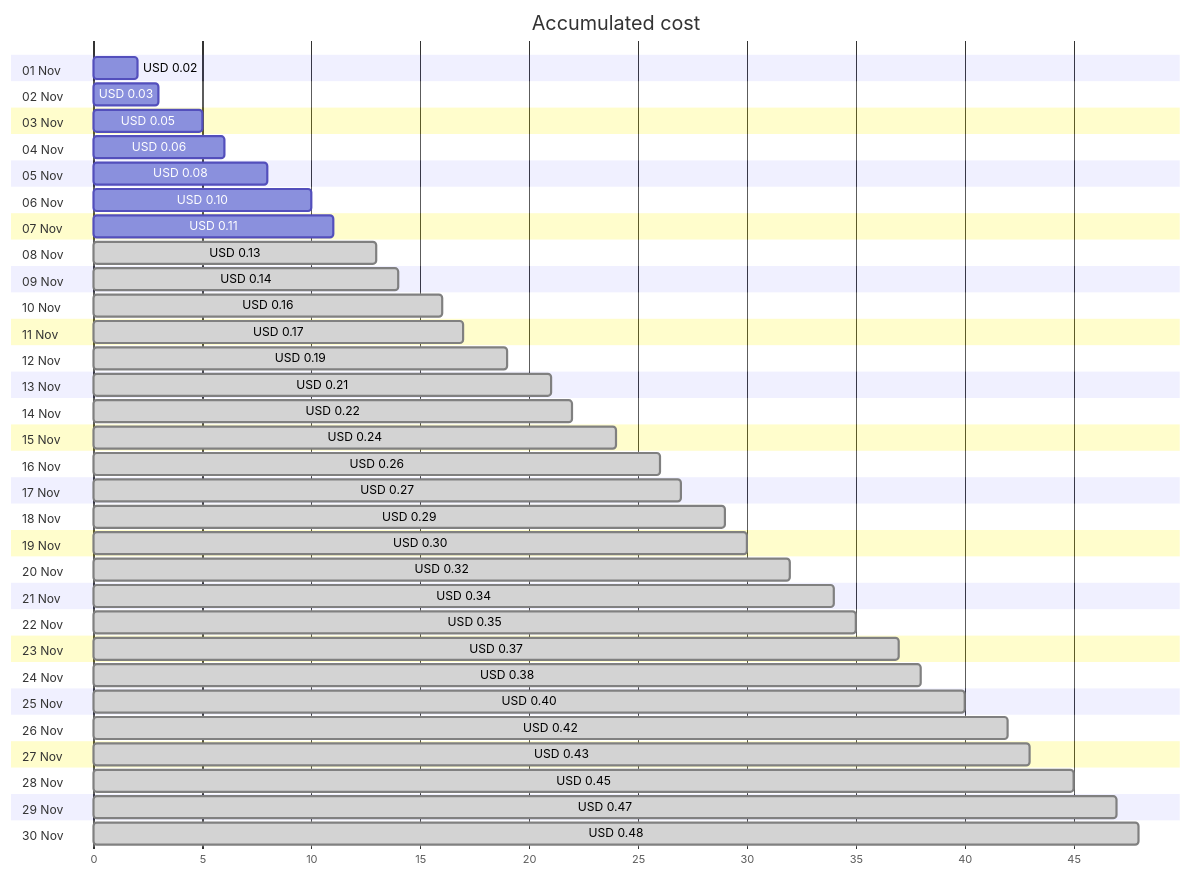
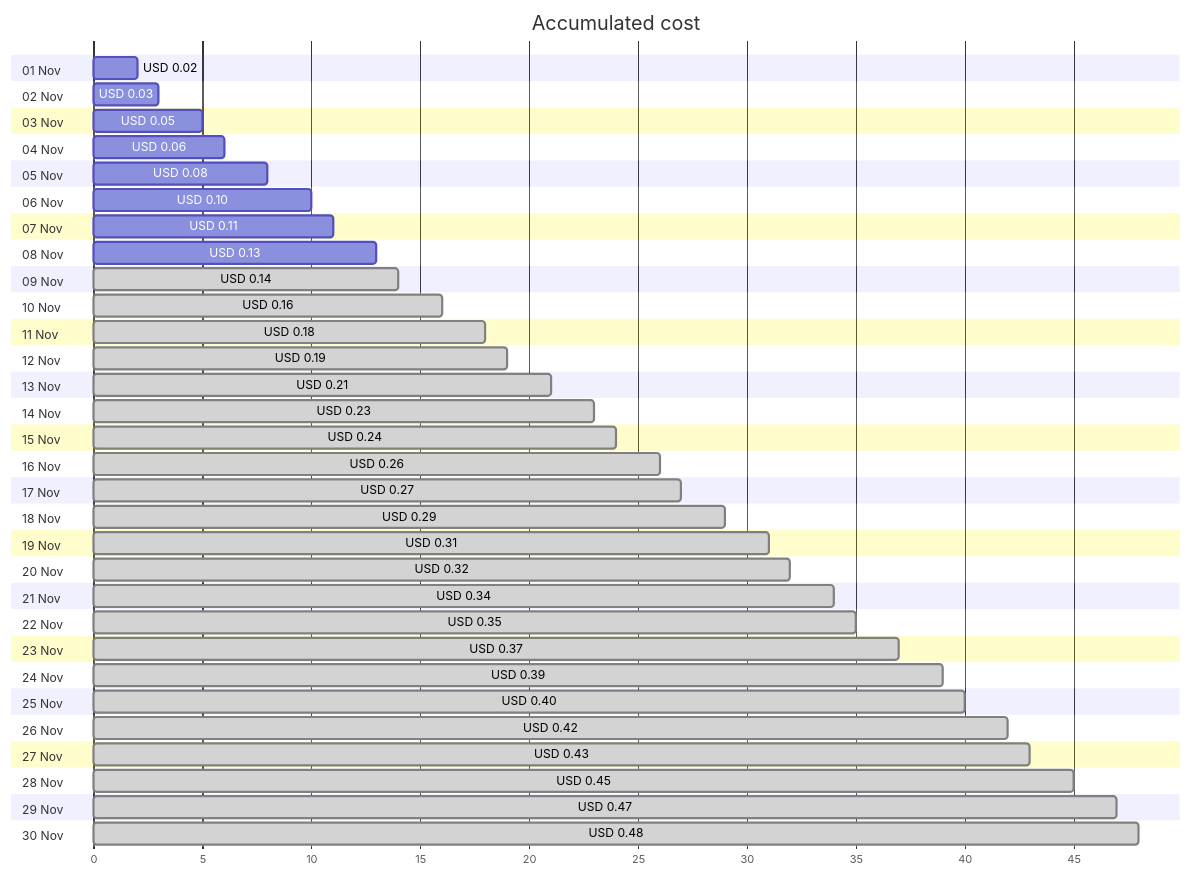
The first of 4 diagrams in cost-reports/personal-network/private.jpatrickfulton.com.md (jpfulton/azure-personal-reports), drawn with Mermaid before and after one commit. The commit also changed other lines of this file and 8 other files, not shown here.

````diff
--- a/cost-reports/personal-network/private.jpatrickfulton.com.md
+++ b/cost-reports/personal-network/private.jpatrickfulton.com.md
@@ -20,66 +20,66 @@
 ```mermaid
 gantt
    title Accumulated cost
    dateFormat  X
    axisFormat %s
    section 01 Nov
    USD 0.02 :0, 2
    section 02 Nov
    USD 0.03 :0, 3
    section 03 Nov
    USD 0.05 :0, 5
    section 04 Nov
    USD 0.06 :0, 6
    section 05 Nov
    USD 0.08 :0, 8
    section 06 Nov
    USD 0.10 :0, 10
    section 07 Nov
    USD 0.11 :0, 11
    section 08 Nov
-   USD 0.13 : done, 0, 13
+   USD 0.13 :0, 13
    section 09 Nov
    USD 0.14 : done, 0, 14
    section 10 Nov
    USD 0.16 : done, 0, 16
    section 11 Nov
-   USD 0.17 : done, 0, 17
+   USD 0.18 : done, 0, 18
    section 12 Nov
    USD 0.19 : done, 0, 19
    section 13 Nov
    USD 0.21 : done, 0, 21
    section 14 Nov
-   USD 0.22 : done, 0, 22
+   USD 0.23 : done, 0, 23
    section 15 Nov
    USD 0.24 : done, 0, 24
    section 16 Nov
    USD 0.26 : done, 0, 26
    section 17 Nov
    USD 0.27 : done, 0, 27
    section 18 Nov
    USD 0.29 : done, 0, 29
    section 19 Nov
-   USD 0.30 : done, 0, 30
+   USD 0.31 : done, 0, 31
    section 20 Nov
    USD 0.32 : done, 0, 32
    section 21 Nov
    USD 0.34 : done, 0, 34
    section 22 Nov
    USD 0.35 : done, 0, 35
    section 23 Nov
    USD 0.37 : done, 0, 37
    section 24 Nov
-   USD 0.38 : done, 0, 38
+   USD 0.39 : done, 0, 39
    section 25 Nov
    USD 0.40 : done, 0, 40
    section 26 Nov
    USD 0.42 : done, 0, 42
    section 27 Nov
    USD 0.43 : done, 0, 43
    section 28 Nov
    USD 0.45 : done, 0, 45
    section 29 Nov
    USD 0.47 : done, 0, 47
    section 30 Nov
    USD 0.48 : done, 0, 48
 ```
````
